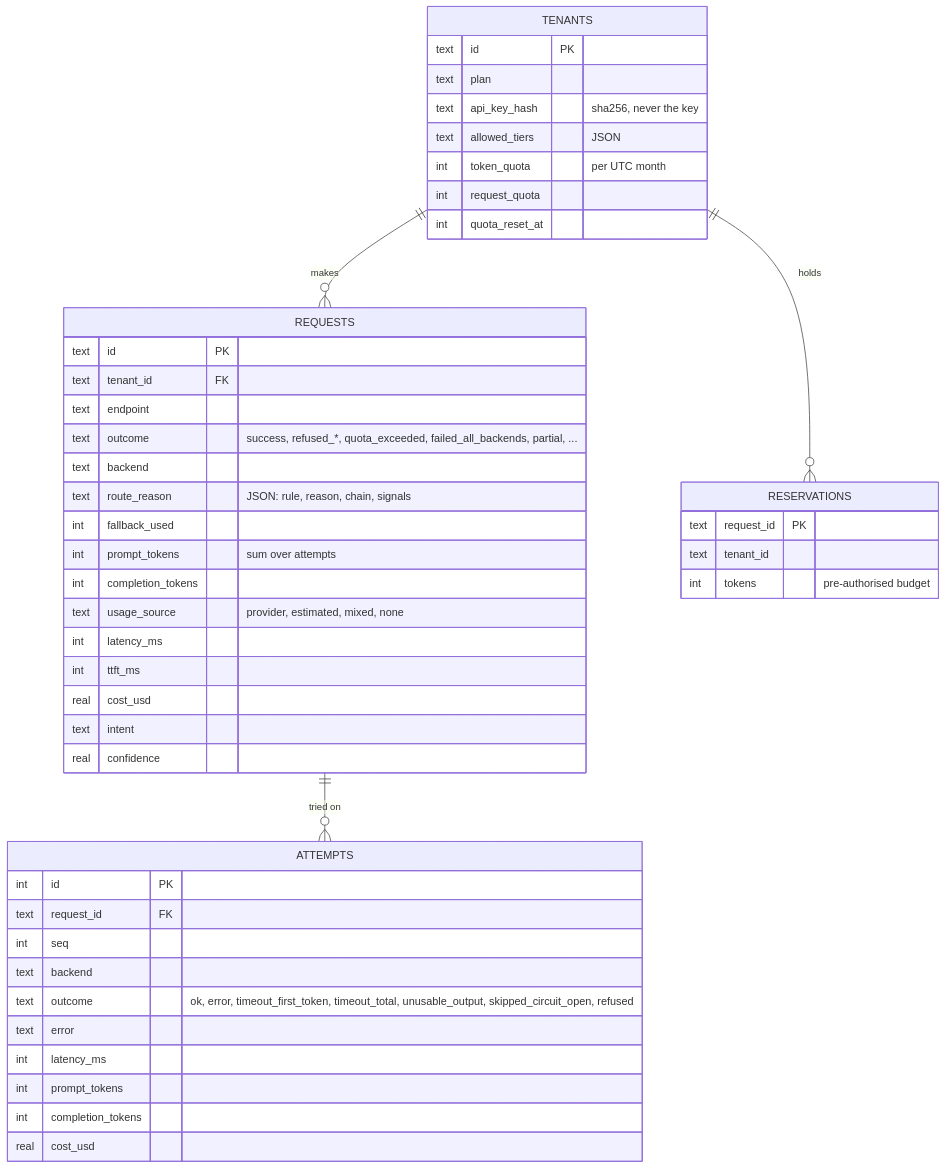
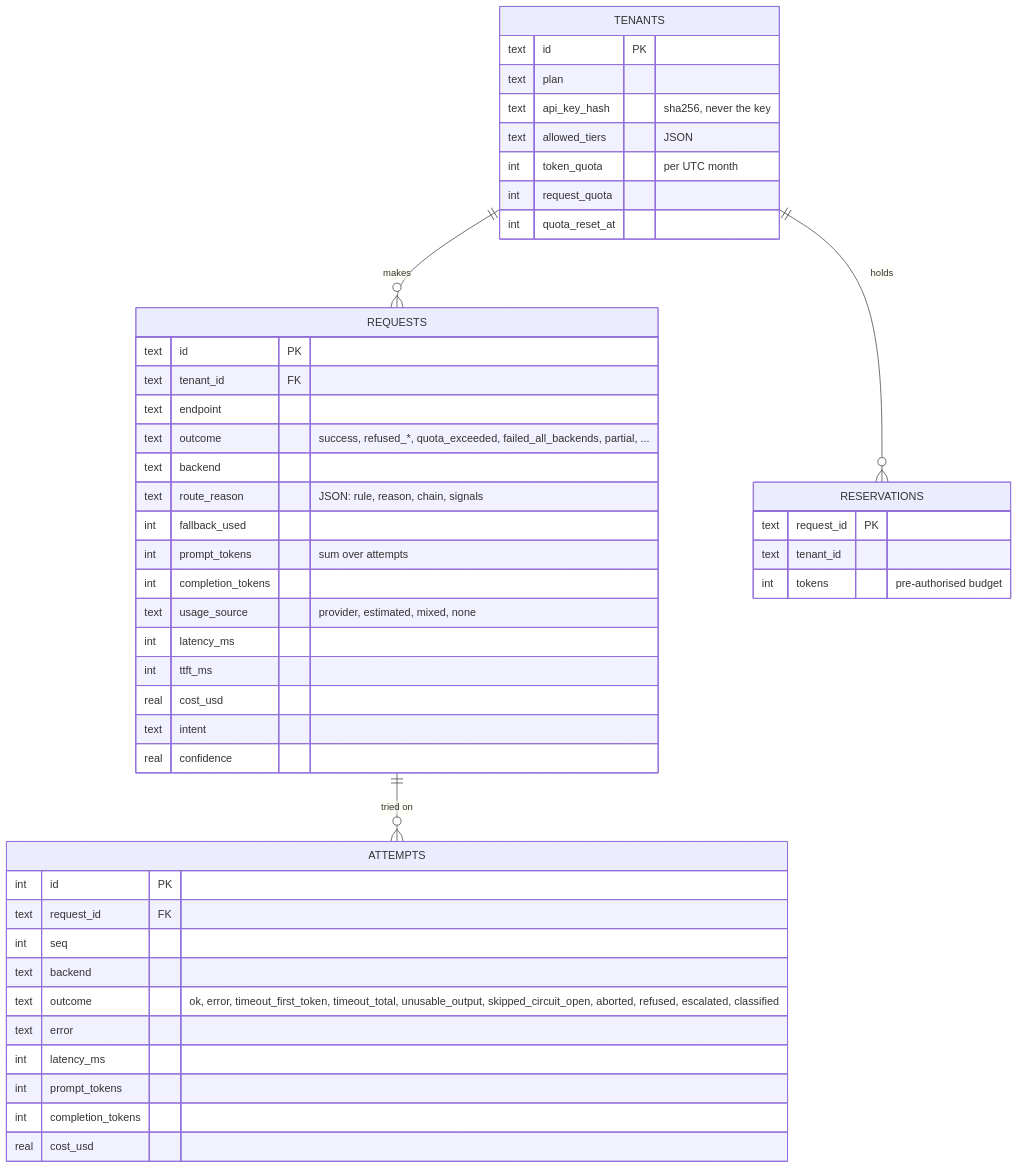
Before and after one commit to fauziridwan1709/nalar-router: the fourth of 7 diagrams in docs/ARCHITECTURE.md, drawn with Mermaid. The commit also changed other lines of this file and 23 other files, not shown here.

````diff
--- a/docs/ARCHITECTURE.md
+++ b/docs/ARCHITECTURE.md
@@ -141,49 +140,49 @@
 ```mermaid
 erDiagram
     TENANTS ||--o{ REQUESTS : makes
     REQUESTS ||--o{ ATTEMPTS : "tried on"
     TENANTS ||--o{ RESERVATIONS : holds
     TENANTS {
         text id PK
         text plan
         text api_key_hash "sha256, never the key"
         text allowed_tiers "JSON"
         int token_quota "per UTC month"
         int request_quota
         int quota_reset_at
     }
     REQUESTS {
         text id PK
         text tenant_id FK
         text endpoint
         text outcome "success, refused_*, quota_exceeded, failed_all_backends, partial, ..."
         text backend
         text route_reason "JSON: rule, reason, chain, signals"
         int fallback_used
         int prompt_tokens "sum over attempts"
         int completion_tokens
         text usage_source "provider, estimated, mixed, none"
         int latency_ms
         int ttft_ms
         real cost_usd
         text intent
         real confidence
     }
     ATTEMPTS {
         int id PK
         text request_id FK
         int seq
         text backend
-        text outcome "ok, error, timeout_first_token, timeout_total, unusable_output, skipped_circuit_open, refused"
+        text outcome "ok, error, timeout_first_token, timeout_total, unusable_output, skipped_circuit_open, aborted, refused, escalated, classified"
         text error
         int latency_ms
         int prompt_tokens
         int completion_tokens
         real cost_usd
     }
     RESERVATIONS {
         text request_id PK
         text tenant_id
         int tokens "pre-authorised budget"
     }
 ```
````
